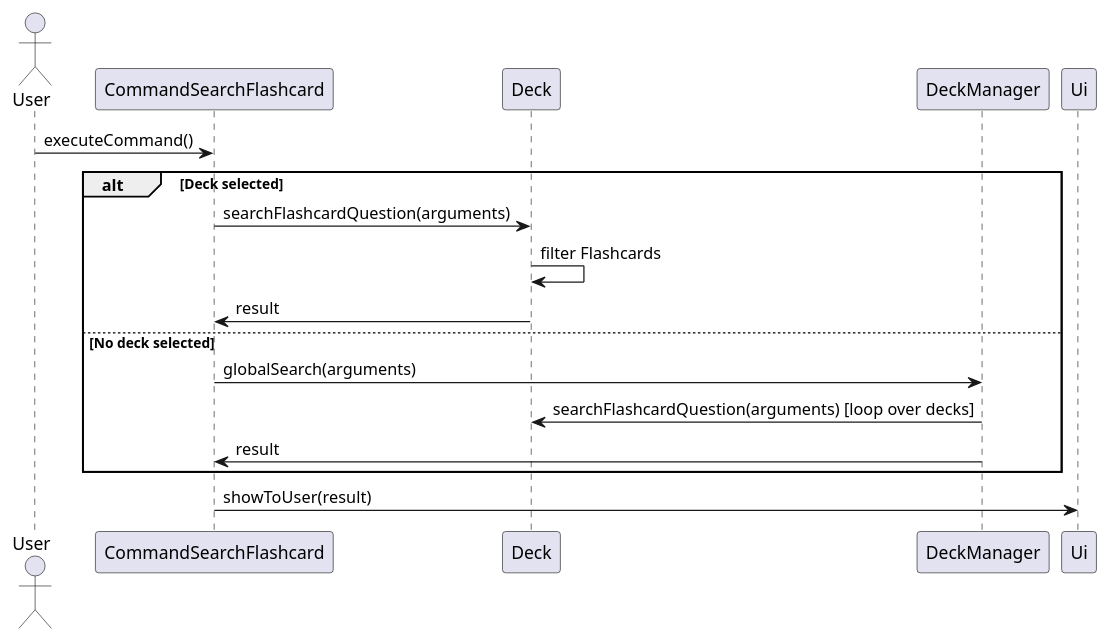
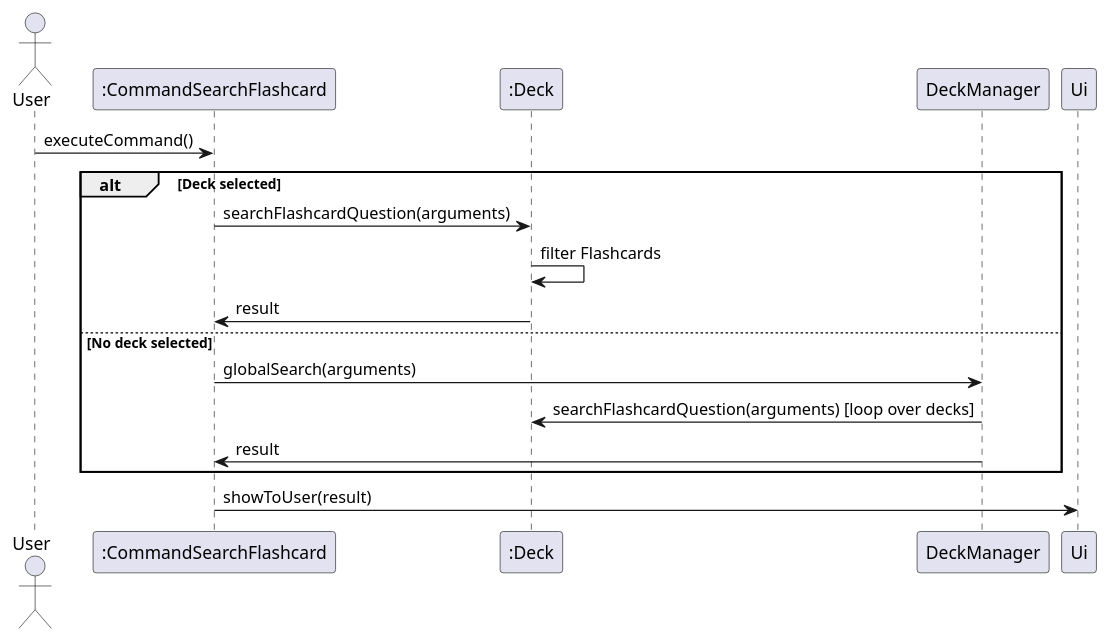
One commit to felfelyuen/tp changed the diagram in docs/diagrams/SearchSequenceDiagram.puml. Above: the diagram before and after it, drawn with PlantUML. The commit also changed 16 other files, not shown here.

Commit message:
edited diagrams and developer guide to include naming convention and updated diagrams

```diff
--- a/docs/diagrams/SearchSequenceDiagram.puml
+++ b/docs/diagrams/SearchSequenceDiagram.puml
@@ -1,14 +1,16 @@
 @startuml
 actor User
+participant ":CommandSearchFlashcard" as CommandSearchFlashcard
+participant ":Deck" as Deck
 User -> CommandSearchFlashcard : executeCommand()
 alt Deck selected
     CommandSearchFlashcard -> Deck : searchFlashcardQuestion(arguments)
     Deck -> Deck : filter Flashcards
     Deck -> CommandSearchFlashcard : result
 else No deck selected
     CommandSearchFlashcard -> DeckManager : globalSearch(arguments)
     DeckManager -> Deck : searchFlashcardQuestion(arguments) [loop over decks]
     DeckManager -> CommandSearchFlashcard : result
 end
 CommandSearchFlashcard -> Ui : showToUser(result)
 @enduml
```
